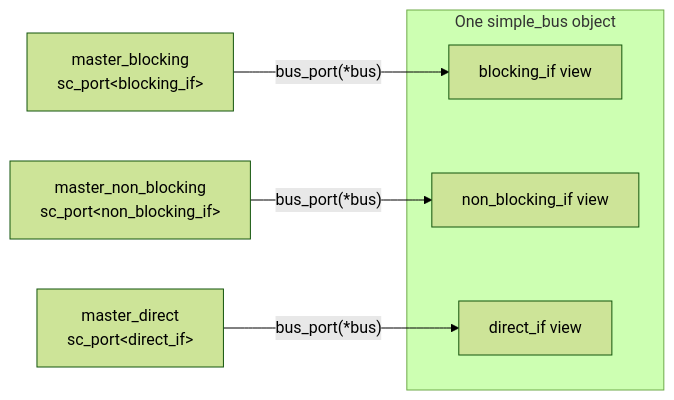
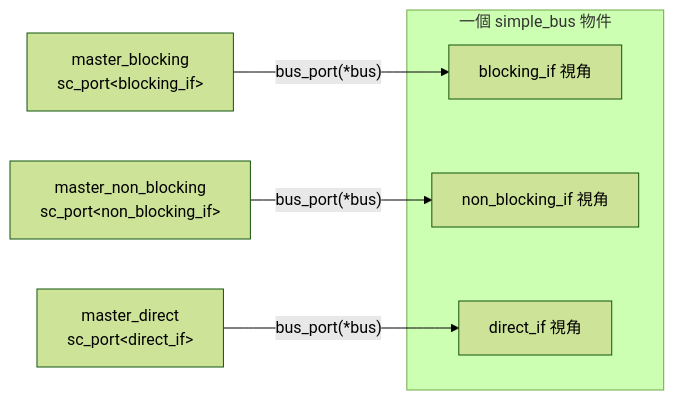
The fourth of 4 diagrams in doc_v2/examples/code/sysc/simple_bus/masters.md (abc1199281lab-cmd/systemc_notes), drawn with Mermaid (forest theme) before and after one commit. The commit also changed other lines of this file and 8 other files, not shown here.

Commit message:
docs: translate simple_bus example docs to Traditional Chinese

````diff
--- a/doc_v2/examples/code/sysc/simple_bus/masters.md
+++ b/doc_v2/examples/code/sysc/simple_bus/masters.md
@@ -185,12 +185,12 @@
 ```mermaid
 graph LR
-    subgraph "One simple_bus object"
-        BI["blocking_if view"]
-        NBI["non_blocking_if view"]
-        DI["direct_if view"]
+    subgraph "一個 simple_bus 物件"
+        BI["blocking_if 視角"]
+        NBI["non_blocking_if 視角"]
+        DI["direct_if 視角"]
     end
 
     MB["master_blocking<br/>sc_port&lt;blocking_if&gt;"] -->|"bus_port(*bus)"| BI
     MNB["master_non_blocking<br/>sc_port&lt;non_blocking_if&gt;"] -->|"bus_port(*bus)"| NBI
     MD["master_direct<br/>sc_port&lt;direct_if&gt;"] -->|"bus_port(*bus)"| DI
 ```
````
